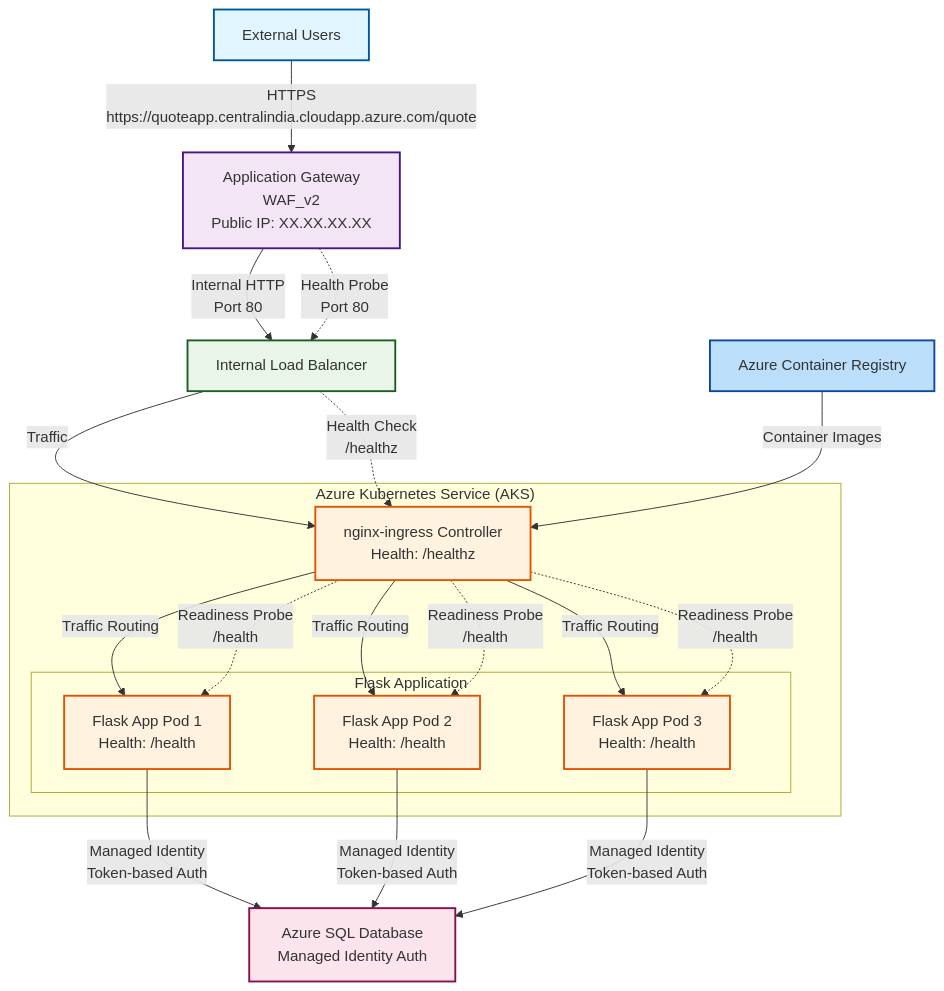
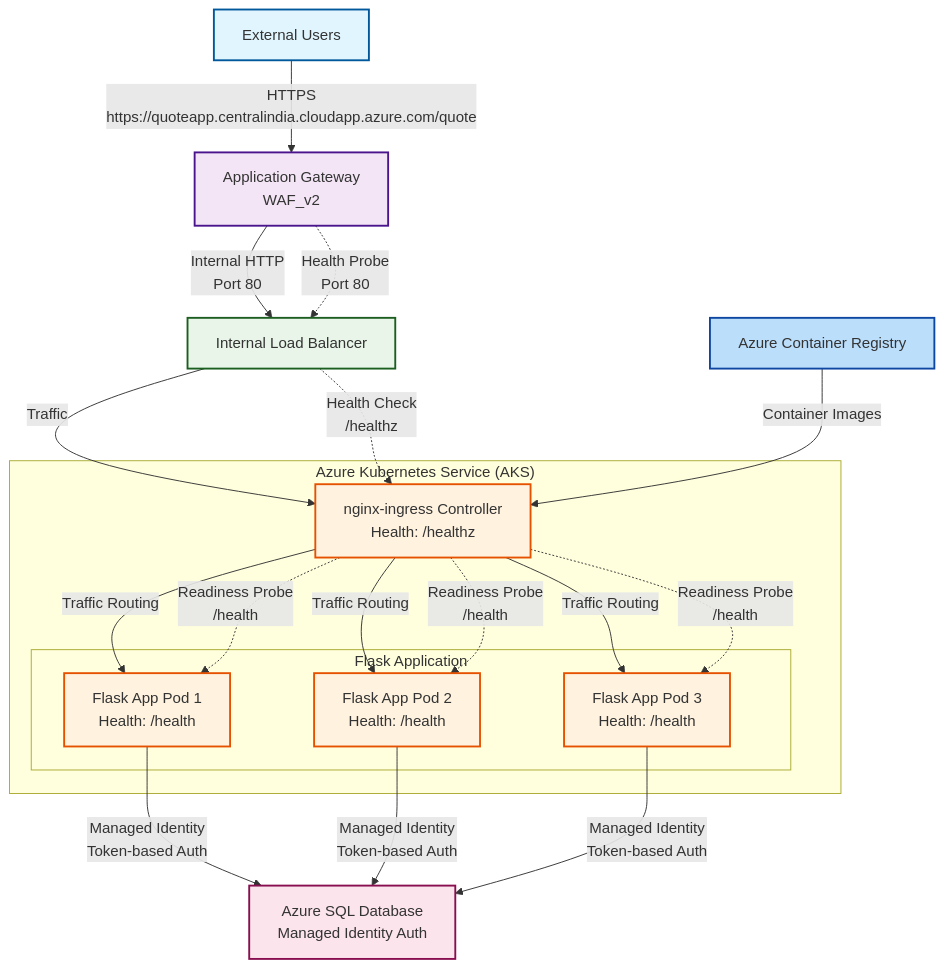
Before and after one commit to maheshwaran-projects/azure-webapp: the first of 2 diagrams in README.md, drawn with Mermaid.

````diff
--- a/README.md
+++ b/README.md
@@ -7,59 +7,59 @@
 ```mermaid
 graph TB
     %% Styling
     classDef internet fill:#e1f5fe,stroke:#01579b,stroke-width:2px
     classDef agw fill:#f3e5f5,stroke:#4a148c,stroke-width:2px
     classDef lb fill:#e8f5e8,stroke:#1b5e20,stroke-width:2px
     classDef k8s fill:#fff3e0,stroke:#e65100,stroke-width:2px
     classDef sql fill:#fce4ec,stroke:#880e4f,stroke-width:2px
     classDef azure fill:#bbdefb,stroke:#0d47a1,stroke-width:2px
     
     %% Internet Layer
     INTERNET[External Users]:::internet
     
     %% Application Gateway Layer
-    AGW[Application Gateway<br/>WAF_v2<br/>Public IP: XX.XX.XX.XX]:::agw
+    AGW[Application Gateway<br/>WAF_v2<br/>]:::agw
     
     %% Internal Load Balancer
     LB[Internal Load Balancer]:::lb
     
     %% Kubernetes Layer
     subgraph "Azure Kubernetes Service (AKS)"
         INGRESS[nginx-ingress Controller<br/>Health: /healthz]:::k8s
         
         subgraph "Flask Application"
             APP1[Flask App Pod 1<br/>Health: /health]:::k8s
             APP2[Flask App Pod 2<br/>Health: /health]:::k8s
             APP3[Flask App Pod 3<br/>Health: /health]:::k8s
         end
     end
     
     %% Azure SQL Layer
     SQL[Azure SQL Database<br/>Managed Identity Auth]:::sql
     
     %% Azure Services
     ACR[Azure Container Registry]:::azure
     
     %% Connections
     INTERNET -- "HTTPS<br/>https://quoteapp.centralindia.cloudapp.azure.com/quote" --> AGW
     AGW -- "Internal HTTP<br/>Port 80" --> LB
     
     %% Health Probe Flow (CORRECTED)
     AGW -. "Health Probe<br/>Port 80" .-> LB
     LB -- "Traffic" --> INGRESS
     INGRESS -- "Traffic Routing" --> APP1
     INGRESS -- "Traffic Routing" --> APP2
     INGRESS -- "Traffic Routing" --> APP3
     
     %% Internal Health Checks
     LB -. "Health Check<br/>/healthz" .-> INGRESS
     INGRESS -. "Readiness Probe<br/>/health" .-> APP1
     INGRESS -. "Readiness Probe<br/>/health" .-> APP2
     INGRESS -. "Readiness Probe<br/>/health" .-> APP3
     
     APP1 -- "Managed Identity<br/>Token-based Auth" --> SQL
     APP2 -- "Managed Identity<br/>Token-based Auth" --> SQL
     APP3 -- "Managed Identity<br/>Token-based Auth" --> SQL
     
     ACR -- "Container Images" --> INGRESS
 ```
````
